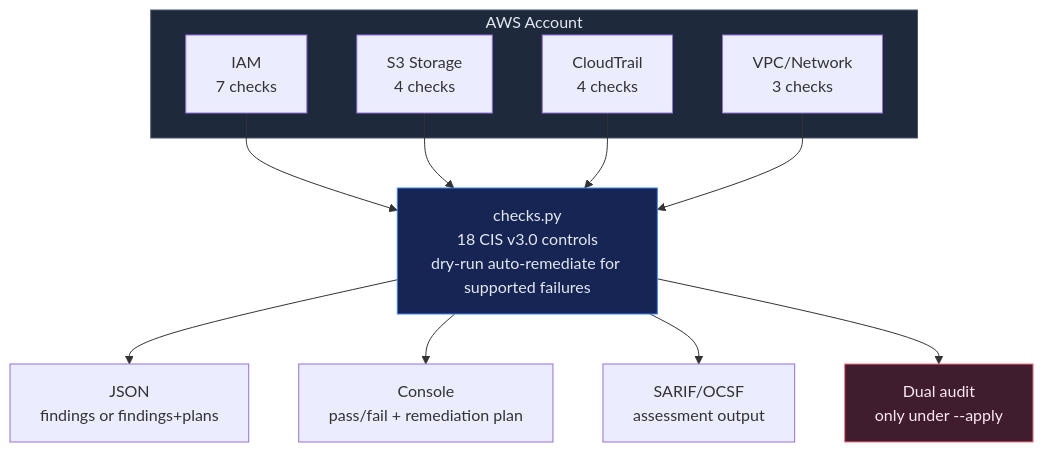
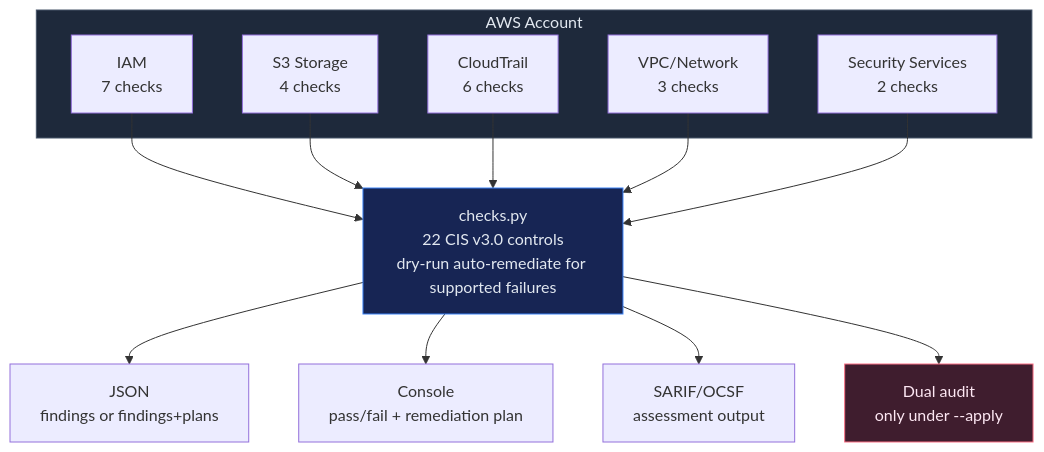
One commit to msaad00/cloud-ai-security-skills changed the diagram in skills/evaluation/cspm-aws-cis-benchmark/SKILL.md. Above: the diagram before and after it, drawn with Mermaid. The commit also changed other lines of this file and 3 other files, not shown here.

````diff
--- a/skills/evaluation/cspm-aws-cis-benchmark/SKILL.md
+++ b/skills/evaluation/cspm-aws-cis-benchmark/SKILL.md
@@ -69,25 +69,27 @@
 ```mermaid
 flowchart TD
     subgraph AWS["AWS Account"]
         IAM["IAM<br/>7 checks"]
         S3["S3 Storage<br/>4 checks"]
-        CT["CloudTrail<br/>4 checks"]
+        CT["CloudTrail<br/>6 checks"]
         VPC["VPC/Network<br/>3 checks"]
+        SEC["Security Services<br/>2 checks"]
     end
 
-    CHK["checks.py<br/>18 CIS v3.0 controls<br/>dry-run auto-remediate for supported failures"]
+    CHK["checks.py<br/>22 CIS v3.0 controls<br/>dry-run auto-remediate for supported failures"]
 
     IAM --> CHK
     S3 --> CHK
     CT --> CHK
     VPC --> CHK
+    SEC --> CHK
 
     CHK --> JSON["JSON<br/>findings or findings+plans"]
     CHK --> CON["Console<br/>pass/fail + remediation plan"]
     CHK --> SARIF["SARIF/OCSF<br/>assessment output"]
     CHK --> AUD["Dual audit<br/>only under --apply"]
 
     style AWS fill:#1e293b,stroke:#475569,color:#e2e8f0
     style CHK fill:#172554,stroke:#3b82f6,color:#e2e8f0
     style AUD fill:#3f1d2e,stroke:#fb7185,color:#fde7f3
 ```
````
